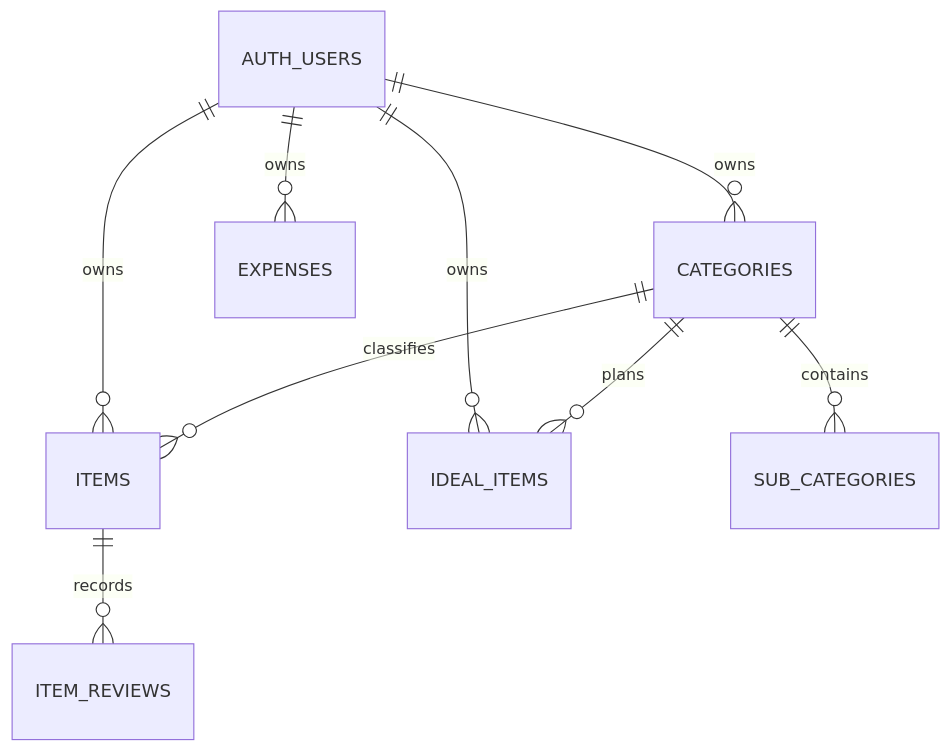
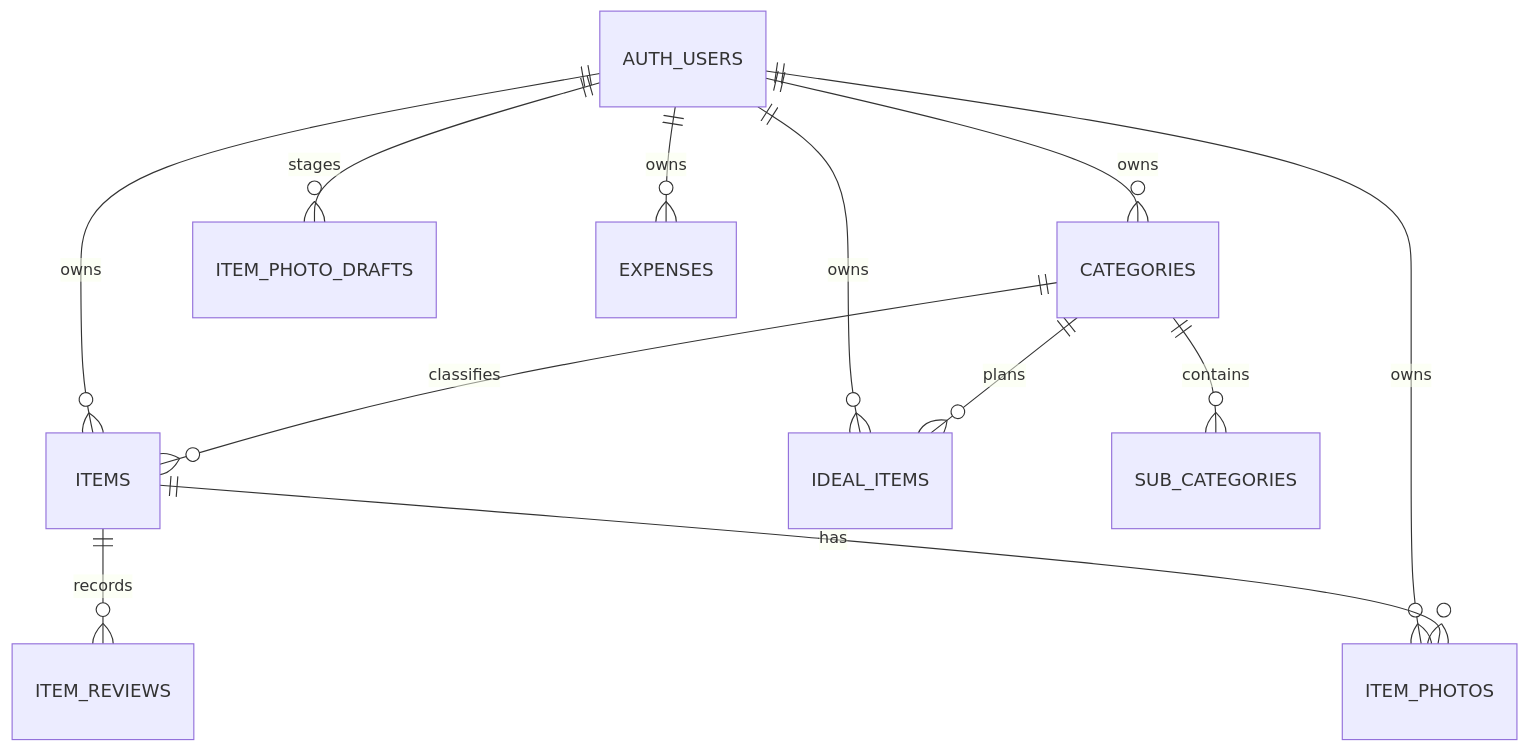
One commit to yt-hsgw/Life-Inventory changed the first of 2 diagrams in docs/Database.md. Above: the diagram before and after it, drawn with Mermaid. The commit also changed other lines of this file and 36 other files, not shown here.

Commit message:
Add photo-first item registration

````diff
--- a/docs/Database.md
+++ b/docs/Database.md
@@ -12,11 +14,14 @@
 ```mermaid
 erDiagram
   AUTH_USERS ||--o{ CATEGORIES : owns
   AUTH_USERS ||--o{ ITEMS : owns
+  AUTH_USERS ||--o{ ITEM_PHOTO_DRAFTS : stages
+  AUTH_USERS ||--o{ ITEM_PHOTOS : owns
   AUTH_USERS ||--o{ IDEAL_ITEMS : owns
   AUTH_USERS ||--o{ EXPENSES : owns
   CATEGORIES ||--o{ SUB_CATEGORIES : contains
   CATEGORIES ||--o{ ITEMS : classifies
   ITEMS ||--o{ ITEM_REVIEWS : records
+  ITEMS ||--o{ ITEM_PHOTOS : has
   CATEGORIES ||--o{ IDEAL_ITEMS : plans
 ```
````
